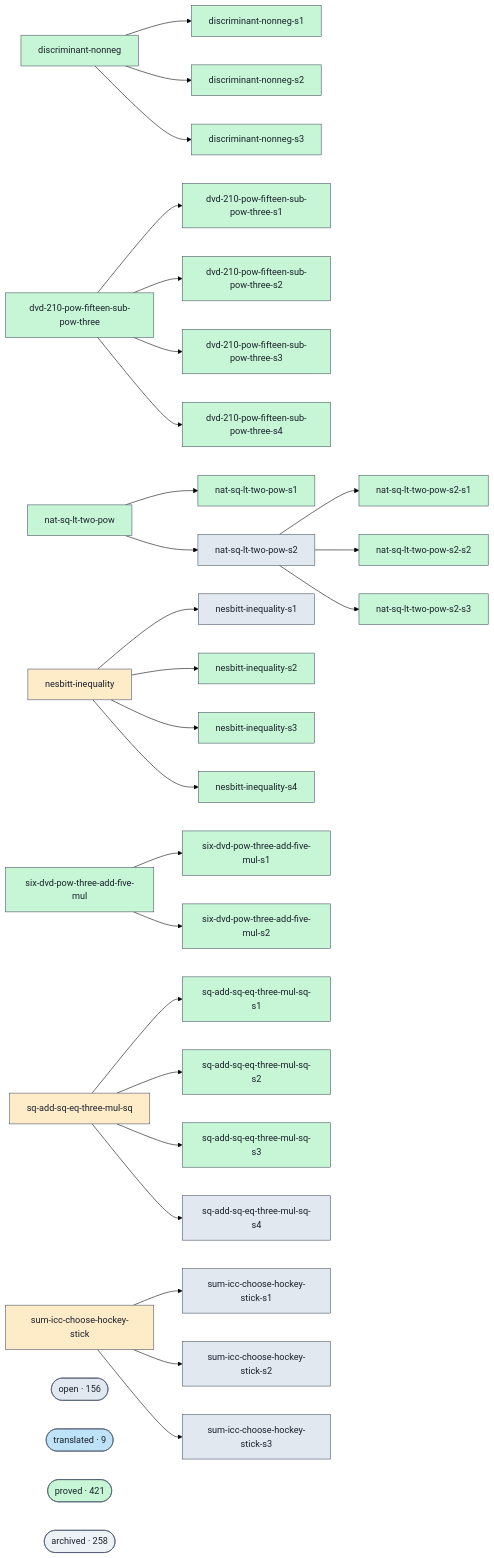
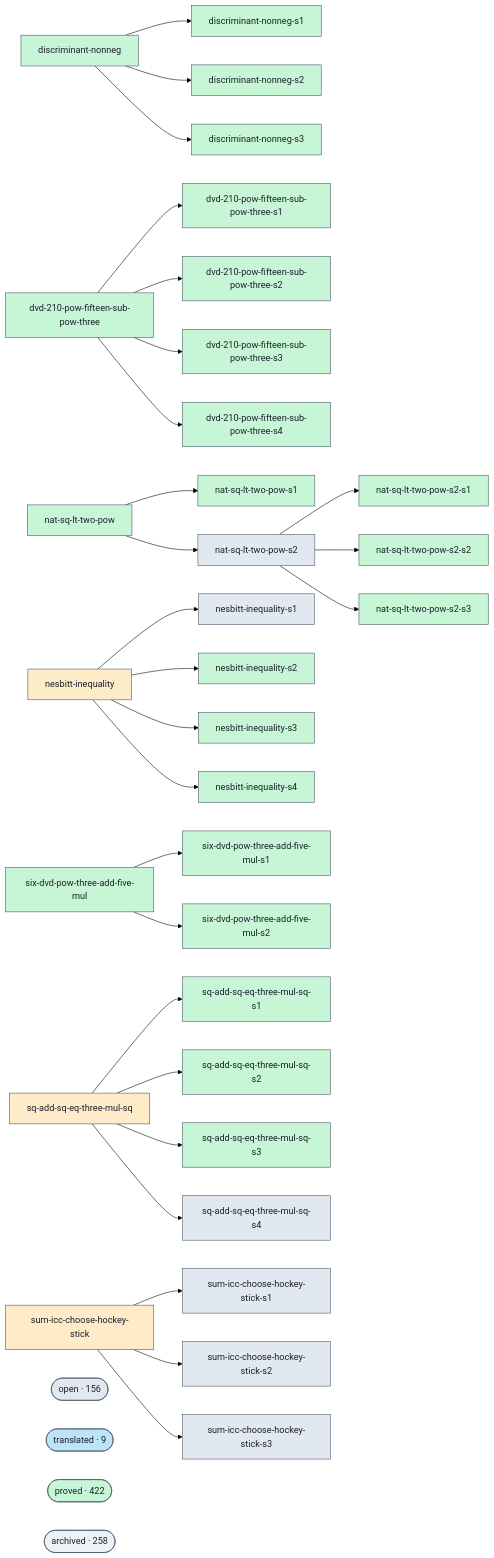
One commit to ohdearquant/unsorry changed the diagram in docs/proofs-contributors-visualisation.md. Above: the diagram before and after it, drawn with Mermaid (forest theme). The commit also changed other lines of this file and 2 other files, not shown here.

```diff
--- a/docs/proofs-contributors-visualisation.md
+++ b/docs/proofs-contributors-visualisation.md
@@ -147,7 +147,7 @@
   class cluster_open open;
   cluster_translated(["translated · 9"])
   class cluster_translated translated;
-  cluster_proved(["proved · 421"])
+  cluster_proved(["proved · 422"])
   class cluster_proved proved;
   cluster_archived(["archived · 258"])
   class cluster_archived unknown;
```
